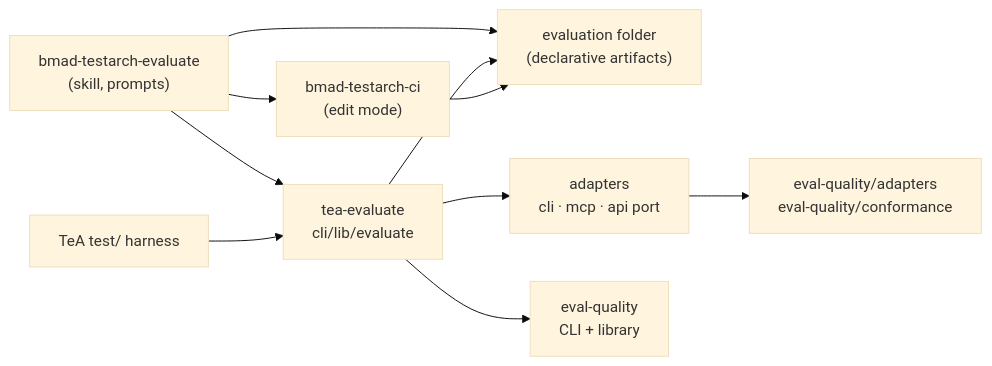
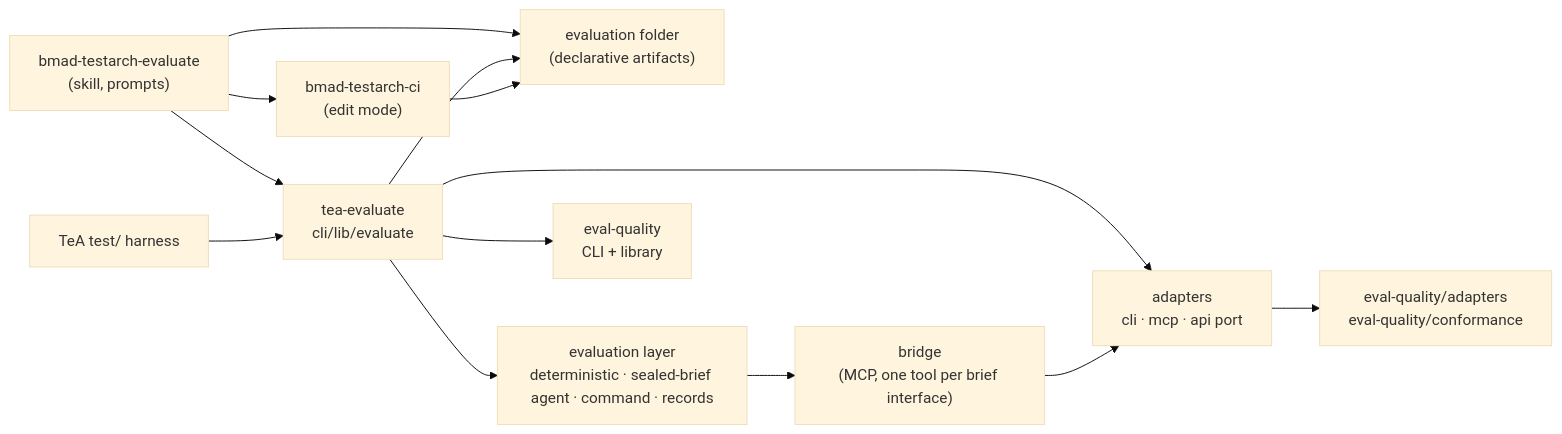
The first of 2 diagrams in _bmad-output/planning-artifacts/evaluate/ARCHITECTURE-SPINE.md (bmad-code-org/bmad-method-test-architecture-enterprise), drawn with Mermaid (base theme) before and after one commit. The commit also changed other lines of this file and 11 other files, not shown here.

````diff
--- a/_bmad-output/planning-artifacts/evaluate/ARCHITECTURE-SPINE.md
+++ b/_bmad-output/planning-artifacts/evaluate/ARCHITECTURE-SPINE.md
@@ -28,12 +28,15 @@
 ```mermaid
 flowchart LR
   skill["bmad-testarch-evaluate<br/>(skill, prompts)"] --> artifacts["evaluation folder<br/>(declarative artifacts)"]
   skill --> runtime["tea-evaluate<br/>cli/lib/evaluate"]
   skill --> ciSkill["bmad-testarch-ci<br/>(edit mode)"]
   runtime --> artifacts
   runtime --> adapters["adapters<br/>cli · mcp · api port"]
+  runtime --> evaluators["evaluation layer<br/>deterministic · sealed-brief agent · command · records"]
+  evaluators --> bridge["bridge<br/>(MCP, one tool per brief interface)"]
+  bridge --> adapters
   runtime --> engine["eval-quality<br/>CLI + library"]
   adapters --> engineTypes["eval-quality/adapters<br/>eval-quality/conformance"]
   harness["TeA test/ harness"] --> runtime
   ciSkill --> artifacts
 ```
````
